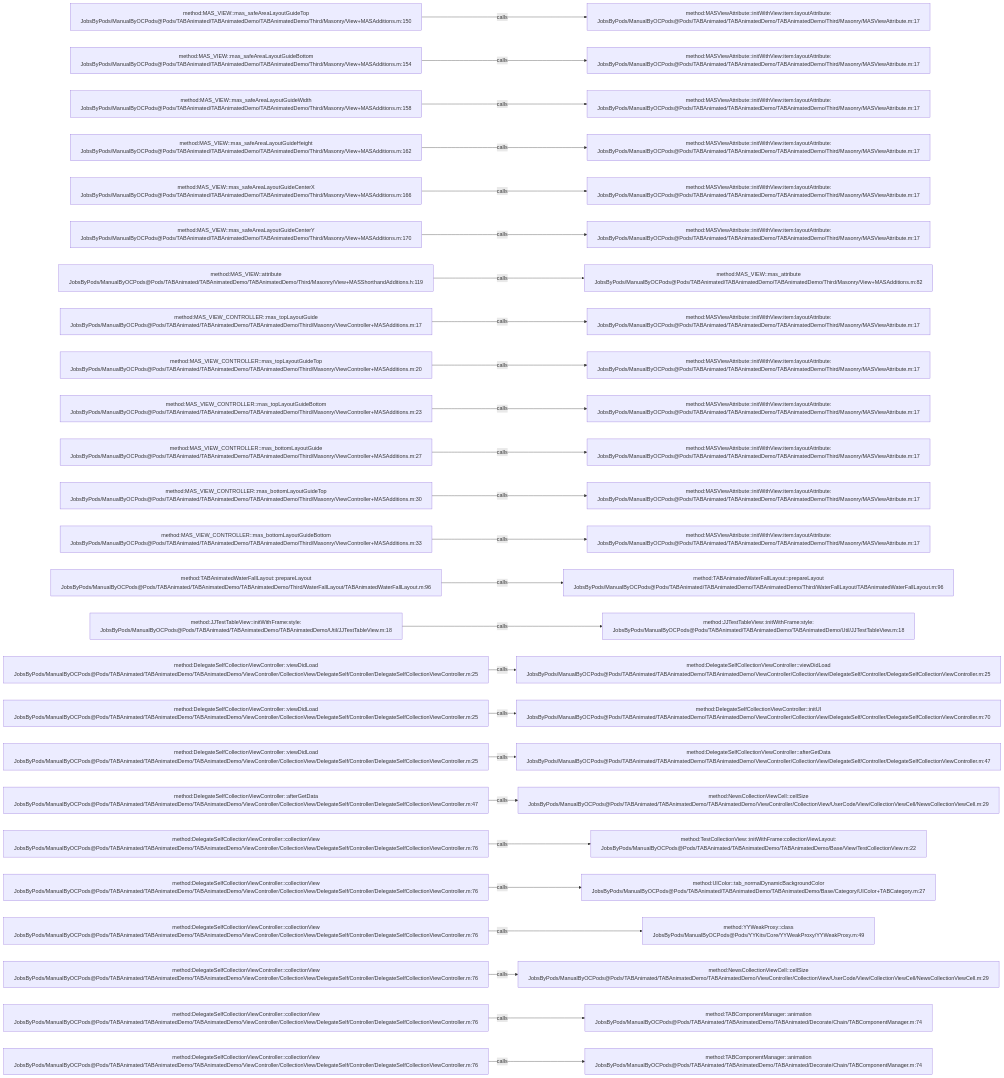
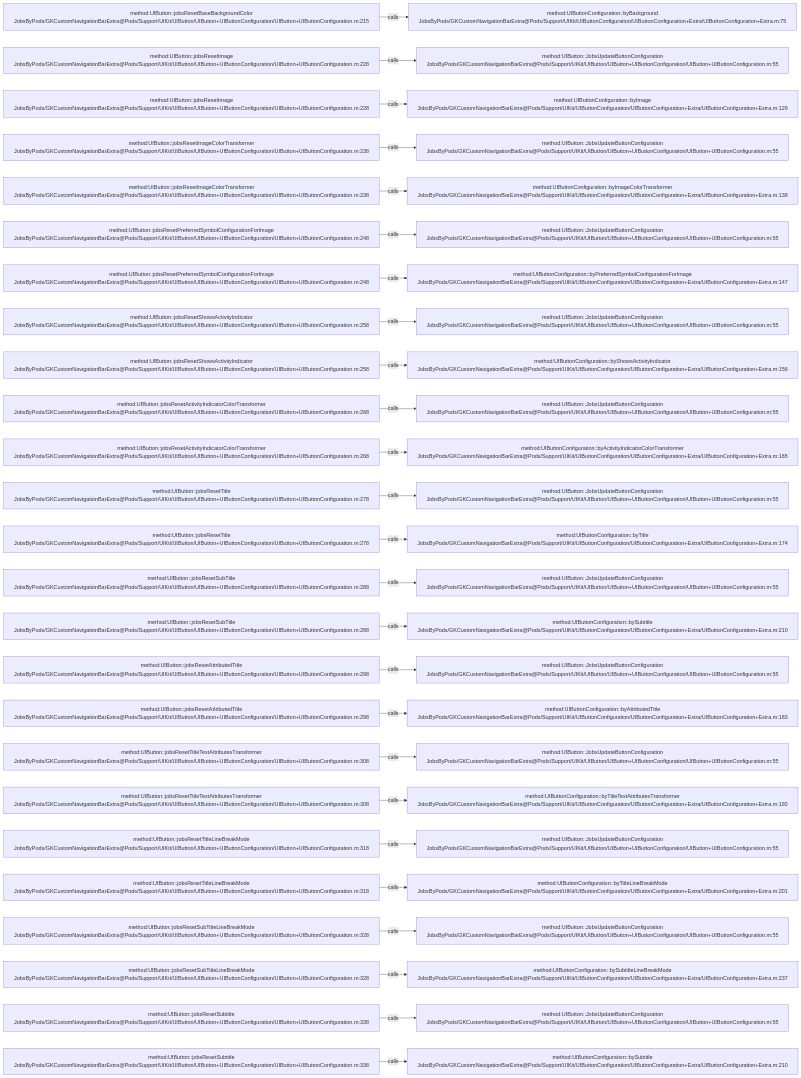
The diagram in .codegraph/codegraph.md/graphs/calls-034.md (JobsKits/JobsOCBaseConfigDemo), drawn with Mermaid before and after one commit. The commit also changed 768 other files, not shown here.

````diff
--- a/.codegraph/codegraph.md/graphs/calls-034.md
+++ b/.codegraph/codegraph.md/graphs/calls-034.md
@@ -13,78 +13,78 @@
 ```mermaid
 flowchart LR
-  S1["method:MAS_VIEW::mas_safeAreaLayoutGuideTop<br/>JobsByPods/ManualByOCPods@Pods/TABAnimated/TABAnimatedDemo/TABAnimatedDemo/Third/Masonry/View+MASAdditions.m:150"]
-  T1["method:MASViewAttribute::initWithView:item:layoutAttribute:<br/>JobsByPods/ManualByOCPods@Pods/TABAnimated/TABAnimatedDemo/TABAnimatedDemo/Third/Masonry/MASViewAttribute.m:17"]
+  S1["method:UIButton::jobsResetBaseBackgroundColor<br/>JobsByPods/GKCustomNavigationBarExtra@Pods/Support/UIKit/UIButton/UIButton+UIButtonConfiguration/UIButton+UIButtonConfiguration.m:215"]
+  T1["method:UIButtonConfiguration::byBackground<br/>JobsByPods/GKCustomNavigationBarExtra@Pods/Support/UIKit/UIButtonConfiguration/UIButtonConfiguration+Extra/UIButtonConfiguration+Extra.m:75"]
   S1 -->|calls| T1
-  S2["method:MAS_VIEW::mas_safeAreaLayoutGuideBottom<br/>JobsByPods/ManualByOCPods@Pods/TABAnimated/TABAnimatedDemo/TABAnimatedDemo/Third/Masonry/View+MASAdditions.m:154"]
-  T2["method:MASViewAttribute::initWithView:item:layoutAttribute:<br/>JobsByPods/ManualByOCPods@Pods/TABAnimated/TABAnimatedDemo/TABAnimatedDemo/Third/Masonry/MASViewAttribute.m:17"]
+  S2["method:UIButton::jobsResetImage<br/>JobsByPods/GKCustomNavigationBarExtra@Pods/Support/UIKit/UIButton/UIButton+UIButtonConfiguration/UIButton+UIButtonConfiguration.m:228"]
+  T2["method:UIButton::JobsUpdateButtonConfiguration<br/>JobsByPods/GKCustomNavigationBarExtra@Pods/Support/UIKit/UIButton/UIButton+UIButtonConfiguration/UIButton+UIButtonConfiguration.m:55"]
   S2 -->|calls| T2
-  S3["method:MAS_VIEW::mas_safeAreaLayoutGuideWidth<br/>JobsByPods/ManualByOCPods@Pods/TABAnimated/TABAnimatedDemo/TABAnimatedDemo/Third/Masonry/View+MASAdditions.m:158"]
-  T3["method:MASViewAttribute::initWithView:item:layoutAttribute:<br/>JobsByPods/ManualByOCPods@Pods/TABAnimated/TABAnimatedDemo/TABAnimatedDemo/Third/Masonry/MASViewAttribute.m:17"]
+  S3["method:UIButton::jobsResetImage<br/>JobsByPods/GKCustomNavigationBarExtra@Pods/Support/UIKit/UIButton/UIButton+UIButtonConfiguration/UIButton+UIButtonConfiguration.m:228"]
+  T3["method:UIButtonConfiguration::byImage<br/>JobsByPods/GKCustomNavigationBarExtra@Pods/Support/UIKit/UIButtonConfiguration/UIButtonConfiguration+Extra/UIButtonConfiguration+Extra.m:129"]
   S3 -->|calls| T3
-  S4["method:MAS_VIEW::mas_safeAreaLayoutGuideHeight<br/>JobsByPods/ManualByOCPods@Pods/TABAnimated/TABAnimatedDemo/TABAnimatedDemo/Third/Masonry/View+MASAdditions.m:162"]
-  T4["method:MASViewAttribute::initWithView:item:layoutAttribute:<br/>JobsByPods/ManualByOCPods@Pods/TABAnimated/TABAnimatedDemo/TABAnimatedDemo/Third/Masonry/MASViewAttribute.m:17"]
+  S4["method:UIButton::jobsResetImageColorTransformer<br/>JobsByPods/GKCustomNavigationBarExtra@Pods/Support/UIKit/UIButton/UIButton+UIButtonConfiguration/UIButton+UIButtonConfiguration.m:238"]
+  T4["method:UIButton::JobsUpdateButtonConfiguration<br/>JobsByPods/GKCustomNavigationBarExtra@Pods/Support/UIKit/UIButton/UIButton+UIButtonConfiguration/UIButton+UIButtonConfiguration.m:55"]
   S4 -->|calls| T4
-  S5["method:MAS_VIEW::mas_safeAreaLayoutGuideCenterX<br/>JobsByPods/ManualByOCPods@Pods/TABAnimated/TABAnimatedDemo/TABAnimatedDemo/Third/Masonry/View+MASAdditions.m:166"]
-  T5["method:MASViewAttribute::initWithView:item:layoutAttribute:<br/>JobsByPods/ManualByOCPods@Pods/TABAnimated/TABAnimatedDemo/TABAnimatedDemo/Third/Masonry/MASViewAttribute.m:17"]
+  S5["method:UIButton::jobsResetImageColorTransformer<br/>JobsByPods/GKCustomNavigationBarExtra@Pods/Support/UIKit/UIButton/UIButton+UIButtonConfiguration/UIButton+UIButtonConfiguration.m:238"]
+  T5["method:UIButtonConfiguration::byImageColorTransformer<br/>JobsByPods/GKCustomNavigationBarExtra@Pods/Support/UIKit/UIButtonConfiguration/UIButtonConfiguration+Extra/UIButtonConfiguration+Extra.m:138"]
   S5 -->|calls| T5
-  S6["method:MAS_VIEW::mas_safeAreaLayoutGuideCenterY<br/>JobsByPods/ManualByOCPods@Pods/TABAnimated/TABAnimatedDemo/TABAnimatedDemo/Third/Masonry/View+MASAdditions.m:170"]
-  T6["method:MASViewAttribute::initWithView:item:layoutAttribute:<br/>JobsByPods/ManualByOCPods@Pods/TABAnimated/TABAnimatedDemo/TABAnimatedDemo/Third/Masonry/MASViewAttribute.m:17"]
+  S6["method:UIButton::jobsResetPreferredSymbolConfigurationForImage<br/>JobsByPods/GKCustomNavigationBarExtra@Pods/Support/UIKit/UIButton/UIButton+UIButtonConfiguration/UIButton+UIButtonConfiguration.m:248"]
+  T6["method:UIButton::JobsUpdateButtonConfiguration<br/>JobsByPods/GKCustomNavigationBarExtra@Pods/Support/UIKit/UIButton/UIButton+UIButtonConfiguration/UIButton+UIButtonConfiguration.m:55"]
   S6 -->|calls| T6
-  S7["method:MAS_VIEW::attribute<br/>JobsByPods/ManualByOCPods@Pods/TABAnimated/TABAnimatedDemo/TABAnimatedDemo/Third/Masonry/View+MASShorthandAdditions.h:119"]
-  T7["method:MAS_VIEW::mas_attribute<br/>JobsByPods/ManualByOCPods@Pods/TABAnimated/TABAnimatedDemo/TABAnimatedDemo/Third/Masonry/View+MASAdditions.m:82"]
+  S7["method:UIButton::jobsResetPreferredSymbolConfigurationForImage<br/>JobsByPods/GKCustomNavigationBarExtra@Pods/Support/UIKit/UIButton/UIButton+UIButtonConfiguration/UIButton+UIButtonConfiguration.m:248"]
+  T7["method:UIButtonConfiguration::byPreferredSymbolConfigurationForImage<br/>JobsByPods/GKCustomNavigationBarExtra@Pods/Support/UIKit/UIButtonConfiguration/UIButtonConfiguration+Extra/UIButtonConfiguration+Extra.m:147"]
   S7 -->|calls| T7
-  S8["method:MAS_VIEW_CONTROLLER::mas_topLayoutGuide<br/>JobsByPods/ManualByOCPods@Pods/TABAnimated/TABAnimatedDemo/TABAnimatedDemo/Third/Masonry/ViewController+MASAdditions.m:17"]
-  T8["method:MASViewAttribute::initWithView:item:layoutAttribute:<br/>JobsByPods/ManualByOCPods@Pods/TABAnimated/TABAnimatedDemo/TABAnimatedDemo/Third/Masonry/MASViewAttribute.m:17"]
+  S8["method:UIButton::jobsResetShowsActivityIndicator<br/>JobsByPods/GKCustomNavigationBarExtra@Pods/Support/UIKit/UIButton/UIButton+UIButtonConfiguration/UIButton+UIButtonConfiguration.m:258"]
+  T8["method:UIButton::JobsUpdateButtonConfiguration<br/>JobsByPods/GKCustomNavigationBarExtra@Pods/Support/UIKit/UIButton/UIButton+UIButtonConfiguration/UIButton+UIButtonConfiguration.m:55"]
   S8 -->|calls| T8
-  S9["method:MAS_VIEW_CONTROLLER::mas_topLayoutGuideTop<br/>JobsByPods/ManualByOCPods@Pods/TABAnimated/TABAnimatedDemo/TABAnimatedDemo/Third/Masonry/ViewController+MASAdditions.m:20"]
-  T9["method:MASViewAttribute::initWithView:item:layoutAttribute:<br/>JobsByPods/ManualByOCPods@Pods/TABAnimated/TABAnimatedDemo/TABAnimatedDemo/Third/Masonry/MASViewAttribute.m:17"]
+  S9["method:UIButton::jobsResetShowsActivityIndicator<br/>JobsByPods/GKCustomNavigationBarExtra@Pods/Support/UIKit/UIButton/UIButton+UIButtonConfiguration/UIButton+UIButtonConfiguration.m:258"]
+  T9["method:UIButtonConfiguration::byShowsActivityIndicator<br/>JobsByPods/GKCustomNavigationBarExtra@Pods/Support/UIKit/UIButtonConfiguration/UIButtonConfiguration+Extra/UIButtonConfiguration+Extra.m:156"]
   S9 -->|calls| T9
-  S10["method:MAS_VIEW_CONTROLLER::mas_topLayoutGuideBottom<br/>JobsByPods/ManualByOCPods@Pods/TABAnimated/TABAnimatedDemo/TABAnimatedDemo/Third/Masonry/ViewController+MASAdditions.m:23"]
-  T10["method:MASViewAttribute::initWithView:item:layoutAttribute:<br/>JobsByPods/ManualByOCPods@Pods/TABAnimated/TABAnimatedDemo/TABAnimatedDemo/Third/Masonry/MASViewAttribute.m:17"]
+  S10["method:UIButton::jobsResetActivityIndicatorColorTransformer<br/>JobsByPods/GKCustomNavigationBarExtra@Pods/Support/UIKit/UIButton/UIButton+UIButtonConfiguration/UIButton+UIButtonConfiguration.m:268"]
+  T10["method:UIButton::JobsUpdateButtonConfiguration<br/>JobsByPods/GKCustomNavigationBarExtra@Pods/Support/UIKit/UIButton/UIButton+UIButtonConfiguration/UIButton+UIButtonConfiguration.m:55"]
   S10 -->|calls| T10
-  S11["method:MAS_VIEW_CONTROLLER::mas_bottomLayoutGuide<br/>JobsByPods/ManualByOCPods@Pods/TABAnimated/TABAnimatedDemo/TABAnimatedDemo/Third/Masonry/ViewController+MASAdditions.m:27"]
-  T11["method:MASViewAttribute::initWithView:item:layoutAttribute:<br/>JobsByPods/ManualByOCPods@Pods/TABAnimated/TABAnimatedDemo/TABAnimatedDemo/Third/Masonry/MASViewAttribute.m:17"]
+  S11["method:UIButton::jobsResetActivityIndicatorColorTransformer<br/>JobsByPods/GKCustomNavigationBarExtra@Pods/Support/UIKit/UIButton/UIButton+UIButtonConfiguration/UIButton+UIButtonConfiguration.m:268"]
+  T11["method:UIButtonConfiguration::byActivityIndicatorColorTransformer<br/>JobsByPods/GKCustomNavigationBarExtra@Pods/Support/UIKit/UIButtonConfiguration/UIButtonConfiguration+Extra/UIButtonConfiguration+Extra.m:165"]
   S11 -->|calls| T11
-  S12["method:MAS_VIEW_CONTROLLER::mas_bottomLayoutGuideTop<br/>JobsByPods/ManualByOCPods@Pods/TABAnimated/TABAnimatedDemo/TABAnimatedDemo/Third/Masonry/ViewController+MASAdditions.m:30"]
-  T12["method:MASViewAttribute::initWithView:item:layoutAttribute:<br/>JobsByPods/ManualByOCPods@Pods/TABAnimated/TABAnimatedDemo/TABAnimatedDemo/Third/Masonry/MASViewAttribute.m:17"]
+  S12["method:UIButton::jobsResetTitle<br/>JobsByPods/GKCustomNavigationBarExtra@Pods/Support/UIKit/UIButton/UIButton+UIButtonConfiguration/UIButton+UIButtonConfiguration.m:278"]
+  T12["method:UIButton::JobsUpdateButtonConfiguration<br/>JobsByPods/GKCustomNavigationBarExtra@Pods/Support/UIKit/UIButton/UIButton+UIButtonConfiguration/UIButton+UIButtonConfiguration.m:55"]
   S12 -->|calls| T12
-  S13["method:MAS_VIEW_CONTROLLER::mas_bottomLayoutGuideBottom<br/>JobsByPods/ManualByOCPods@Pods/TABAnimated/TABAnimatedDemo/TABAnimatedDemo/Third/Masonry/ViewController+MASAdditions.m:33"]
-  T13["method:MASViewAttribute::initWithView:item:layoutAttribute:<br/>JobsByPods/ManualByOCPods@Pods/TABAnimated/TABAnimatedDemo/TABAnimatedDemo/Third/Masonry/MASViewAttribute.m:17"]
+  S13["method:UIButton::jobsResetTitle<br/>JobsByPods/GKCustomNavigationBarExtra@Pods/Support/UIKit/UIButton/UIButton+UIButtonConfiguration/UIButton+UIButtonConfiguration.m:278"]
+  T13["method:UIButtonConfiguration::byTitle<br/>JobsByPods/GKCustomNavigationBarExtra@Pods/Support/UIKit/UIButtonConfiguration/UIButtonConfiguration+Extra/UIButtonConfiguration+Extra.m:174"]
   S13 -->|calls| T13
-  S14["method:TABAnimatedWaterFallLayout::prepareLayout<br/>JobsByPods/ManualByOCPods@Pods/TABAnimated/TABAnimatedDemo/TABAnimatedDemo/Third/WaterFallLayout/TABAnimatedWaterFallLayout.m:96"]
-  T14["method:TABAnimatedWaterFallLayout::prepareLayout<br/>JobsByPods/ManualByOCPods@Pods/TABAnimated/TABAnimatedDemo/TABAnimatedDemo/Third/WaterFallLayout/TABAnimatedWaterFallLayout.m:96"]
+  S14["method:UIButton::jobsResetSubTitle<br/>JobsByPods/GKCustomNavigationBarExtra@Pods/Support/UIKit/UIButton/UIButton+UIButtonConfiguration/UIButton+UIButtonConfiguration.m:288"]
+  T14["method:UIButton::JobsUpdateButtonConfiguration<br/>JobsByPods/GKCustomNavigationBarExtra@Pods/Support/UIKit/UIButton/UIButton+UIButtonConfiguration/UIButton+UIButtonConfiguration.m:55"]
   S14 -->|calls| T14
-  S15["method:JJTestTableView::initWithFrame:style:<br/>JobsByPods/ManualByOCPods@Pods/TABAnimated/TABAnimatedDemo/TABAnimatedDemo/Util/JJTestTableView.m:18"]
-  T15["method:JJTestTableView::initWithFrame:style:<br/>JobsByPods/ManualByOCPods@Pods/TABAnimated/TABAnimatedDemo/TABAnimatedDemo/Util/JJTestTableView.m:18"]
+  S15["method:UIButton::jobsResetSubTitle<br/>JobsByPods/GKCustomNavigationBarExtra@Pods/Support/UIKit/UIButton/UIButton+UIButtonConfiguration/UIButton+UIButtonConfiguration.m:288"]
+  T15["method:UIButtonConfiguration::bySubtitle<br/>JobsByPods/GKCustomNavigationBarExtra@Pods/Support/UIKit/UIButtonConfiguration/UIButtonConfiguration+Extra/UIButtonConfiguration+Extra.m:210"]
   S15 -->|calls| T15
-  S16["method:DelegateSelfCollectionViewController::viewDidLoad<br/>JobsByPods/ManualByOCPods@Pods/TABAnimated/TABAnimatedDemo/TABAnimatedDemo/ViewController/CollectionView/DelegateSelf/Controller/DelegateSelfCollectionViewController.m:25"]
-  T16["method:DelegateSelfCollectionViewController::viewDidLoad<br/>JobsByPods/ManualByOCPods@Pods/TABAnimated/TABAnimatedDemo/TABAnimatedDemo/ViewController/CollectionView/DelegateSelf/Controller/DelegateSelfCollectionViewController.m:25"]
+  S16["method:UIButton::jobsResetAttributedTitle<br/>JobsByPods/GKCustomNavigationBarExtra@Pods/Support/UIKit/UIButton/UIButton+UIButtonConfiguration/UIButton+UIButtonConfiguration.m:298"]
+  T16["method:UIButton::JobsUpdateButtonConfiguration<br/>JobsByPods/GKCustomNavigationBarExtra@Pods/Support/UIKit/UIButton/UIButton+UIButtonConfiguration/UIButton+UIButtonConfiguration.m:55"]
   S16 -->|calls| T16
-  S17["method:DelegateSelfCollectionViewController::viewDidLoad<br/>JobsByPods/ManualByOCPods@Pods/TABAnimated/TABAnimatedDemo/TABAnimatedDemo/ViewController/CollectionView/DelegateSelf/Controller/DelegateSelfCollectionViewController.m:25"]
-  T17["method:DelegateSelfCollectionViewController::initUI<br/>JobsByPods/ManualByOCPods@Pods/TABAnimated/TABAnimatedDemo/TABAnimatedDemo/ViewController/CollectionView/DelegateSelf/Controller/DelegateSelfCollectionViewController.m:70"]
+  S17["method:UIButton::jobsResetAttributedTitle<br/>JobsByPods/GKCustomNavigationBarExtra@Pods/Support/UIKit/UIButton/UIButton+UIButtonConfiguration/UIButton+UIButtonConfiguration.m:298"]
+  T17["method:UIButtonConfiguration::byAttributedTitle<br/>JobsByPods/GKCustomNavigationBarExtra@Pods/Support/UIKit/UIButtonConfiguration/UIButtonConfiguration+Extra/UIButtonConfiguration+Extra.m:183"]
   S17 -->|calls| T17
-  S18["method:DelegateSelfCollectionViewController::viewDidLoad<br/>JobsByPods/ManualByOCPods@Pods/TABAnimated/TABAnimatedDemo/TABAnimatedDemo/ViewController/CollectionView/DelegateSelf/Controller/DelegateSelfCollectionViewController.m:25"]
-  T18["method:DelegateSelfCollectionViewController::afterGetData<br/>JobsByPods/ManualByOCPods@Pods/TABAnimated/TABAnimatedDemo/TABAnimatedDemo/ViewController/CollectionView/DelegateSelf/Controller/DelegateSelfCollectionViewController.m:47"]
+  S18["method:UIButton::jobsResetTitleTextAttributesTransformer<br/>JobsByPods/GKCustomNavigationBarExtra@Pods/Support/UIKit/UIButton/UIButton+UIButtonConfiguration/UIButton+UIButtonConfiguration.m:308"]
+  T18["method:UIButton::JobsUpdateButtonConfiguration<br/>JobsByPods/GKCustomNavigationBarExtra@Pods/Support/UIKit/UIButton/UIButton+UIButtonConfiguration/UIButton+UIButtonConfiguration.m:55"]
   S18 -->|calls| T18
-  S19["method:DelegateSelfCollectionViewController::afterGetData<br/>JobsByPods/ManualByOCPods@Pods/TABAnimated/TABAnimatedDemo/TABAnimatedDemo/ViewController/CollectionView/DelegateSelf/Controller/DelegateSelfCollectionViewController.m:47"]
-  T19["method:NewsCollectionViewCell::cellSize<br/>JobsByPods/ManualByOCPods@Pods/TABAnimated/TABAnimatedDemo/TABAnimatedDemo/ViewController/CollectionView/UserCode/View/CollectionViewCell/NewsCollectionViewCell.m:29"]
+  S19["method:UIButton::jobsResetTitleTextAttributesTransformer<br/>JobsByPods/GKCustomNavigationBarExtra@Pods/Support/UIKit/UIButton/UIButton+UIButtonConfiguration/UIButton+UIButtonConfiguration.m:308"]
+  T19["method:UIButtonConfiguration::byTitleTextAttributesTransformer<br/>JobsByPods/GKCustomNavigationBarExtra@Pods/Support/UIKit/UIButtonConfiguration/UIButtonConfiguration+Extra/UIButtonConfiguration+Extra.m:192"]
   S19 -->|calls| T19
-  S20["method:DelegateSelfCollectionViewController::collectionView<br/>JobsByPods/ManualByOCPods@Pods/TABAnimated/TABAnimatedDemo/TABAnimatedDemo/ViewController/CollectionView/DelegateSelf/Controller/DelegateSelfCollectionViewController.m:76"]
-  T20["method:TestCollectionView::initWithFrame:collectionViewLayout:<br/>JobsByPods/ManualByOCPods@Pods/TABAnimated/TABAnimatedDemo/TABAnimatedDemo/Base/View/TestCollectionView.m:22"]
+  S20["method:UIButton::jobsResetTitleLineBreakMode<br/>JobsByPods/GKCustomNavigationBarExtra@Pods/Support/UIKit/UIButton/UIButton+UIButtonConfiguration/UIButton+UIButtonConfiguration.m:318"]
+  T20["method:UIButton::JobsUpdateButtonConfiguration<br/>JobsByPods/GKCustomNavigationBarExtra@Pods/Support/UIKit/UIButton/UIButton+UIButtonConfiguration/UIButton+UIButtonConfiguration.m:55"]
   S20 -->|calls| T20
-  S21["method:DelegateSelfCollectionViewController::collectionView<br/>JobsByPods/ManualByOCPods@Pods/TABAnimated/TABAnimatedDemo/TABAnimatedDemo/ViewController/CollectionView/DelegateSelf/Controller/DelegateSelfCollectionViewController.m:76"]
-  T21["method:UIColor::tab_normalDynamicBackgroundColor<br/>JobsByPods/ManualByOCPods@Pods/TABAnimated/TABAnimatedDemo/TABAnimatedDemo/Base/Category/UIColor+TABCategory.m:27"]
+  S21["method:UIButton::jobsResetTitleLineBreakMode<br/>JobsByPods/GKCustomNavigationBarExtra@Pods/Support/UIKit/UIButton/UIButton+UIButtonConfiguration/UIButton+UIButtonConfiguration.m:318"]
+  T21["method:UIButtonConfiguration::byTitleLineBreakMode<br/>JobsByPods/GKCustomNavigationBarExtra@Pods/Support/UIKit/UIButtonConfiguration/UIButtonConfiguration+Extra/UIButtonConfiguration+Extra.m:201"]
   S21 -->|calls| T21
-  S22["method:DelegateSelfCollectionViewController::collectionView<br/>JobsByPods/ManualByOCPods@Pods/TABAnimated/TABAnimatedDemo/TABAnimatedDemo/ViewController/CollectionView/DelegateSelf/Controller/DelegateSelfCollectionViewController.m:76"]
-  T22["method:YYWeakProxy::class<br/>JobsByPods/ManualByOCPods@Pods/YYKits/Core/YYWeakProxy/YYWeakProxy.m:49"]
+  S22["method:UIButton::jobsResetSubTitleLineBreakMode<br/>JobsByPods/GKCustomNavigationBarExtra@Pods/Support/UIKit/UIButton/UIButton+UIButtonConfiguration/UIButton+UIButtonConfiguration.m:328"]
+  T22["method:UIButton::JobsUpdateButtonConfiguration<br/>JobsByPods/GKCustomNavigationBarExtra@Pods/Support/UIKit/UIButton/UIButton+UIButtonConfiguration/UIButton+UIButtonConfiguration.m:55"]
   S22 -->|calls| T22
-  S23["method:DelegateSelfCollectionViewController::collectionView<br/>JobsByPods/ManualByOCPods@Pods/TABAnimated/TABAnimatedDemo/TABAnimatedDemo/ViewController/CollectionView/DelegateSelf/Controller/DelegateSelfCollectionViewController.m:76"]
-  T23["method:NewsCollectionViewCell::cellSize<br/>JobsByPods/ManualByOCPods@Pods/TABAnimated/TABAnimatedDemo/TABAnimatedDemo/ViewController/CollectionView/UserCode/View/CollectionViewCell/NewsCollectionViewCell.m:29"]
+  S23["method:UIButton::jobsResetSubTitleLineBreakMode<br/>JobsByPods/GKCustomNavigationBarExtra@Pods/Support/UIKit/UIButton/UIButton+UIButtonConfiguration/UIButton+UIButtonConfiguration.m:328"]
+  T23["method:UIButtonConfiguration::bySubtitleLineBreakMode<br/>JobsByPods/GKCustomNavigationBarExtra@Pods/Support/UIKit/UIButtonConfiguration/UIButtonConfiguration+Extra/UIButtonConfiguration+Extra.m:237"]
   S23 -->|calls| T23
-  S24["method:DelegateSelfCollectionViewController::collectionView<br/>JobsByPods/ManualByOCPods@Pods/TABAnimated/TABAnimatedDemo/TABAnimatedDemo/ViewController/CollectionView/DelegateSelf/Controller/DelegateSelfCollectionViewController.m:76"]
-  T24["method:TABComponentManager::animation<br/>JobsByPods/ManualByOCPods@Pods/TABAnimated/TABAnimatedDemo/TABAnimated/Decorate/Chain/TABComponentManager.m:74"]
+  S24["method:UIButton::jobsResetSubtitle<br/>JobsByPods/GKCustomNavigationBarExtra@Pods/Support/UIKit/UIButton/UIButton+UIButtonConfiguration/UIButton+UIButtonConfiguration.m:338"]
+  T24["method:UIButton::JobsUpdateButtonConfiguration<br/>JobsByPods/GKCustomNavigationBarExtra@Pods/Support/UIKit/UIButton/UIButton+UIButtonConfiguration/UIButton+UIButtonConfiguration.m:55"]
   S24 -->|calls| T24
-  S25["method:DelegateSelfCollectionViewController::collectionView<br/>JobsByPods/ManualByOCPods@Pods/TABAnimated/TABAnimatedDemo/TABAnimatedDemo/ViewController/CollectionView/DelegateSelf/Controller/DelegateSelfCollectionViewController.m:76"]
-  T25["method:TABComponentManager::animation<br/>JobsByPods/ManualByOCPods@Pods/TABAnimated/TABAnimatedDemo/TABAnimated/Decorate/Chain/TABComponentManager.m:74"]
+  S25["method:UIButton::jobsResetSubtitle<br/>JobsByPods/GKCustomNavigationBarExtra@Pods/Support/UIKit/UIButton/UIButton+UIButtonConfiguration/UIButton+UIButtonConfiguration.m:338"]
+  T25["method:UIButtonConfiguration::bySubtitle<br/>JobsByPods/GKCustomNavigationBarExtra@Pods/Support/UIKit/UIButtonConfiguration/UIButtonConfiguration+Extra/UIButtonConfiguration+Extra.m:210"]
   S25 -->|calls| T25
 ```
````
